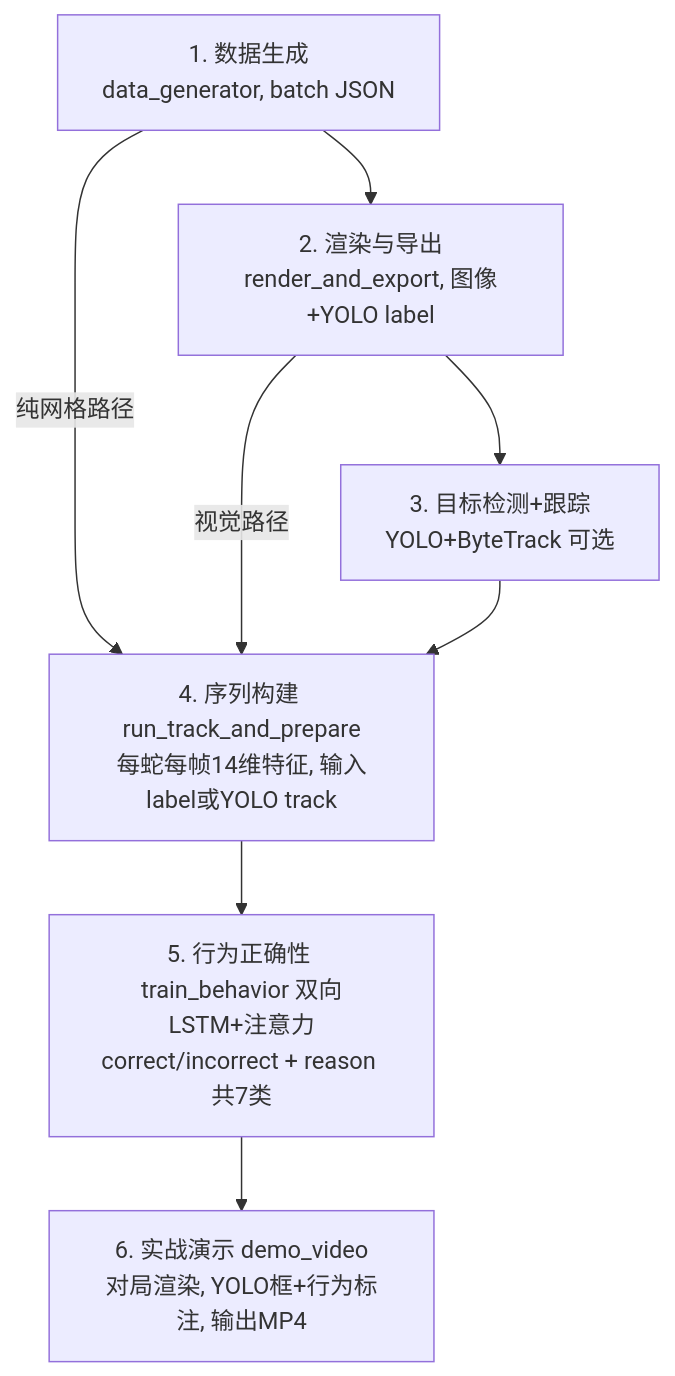
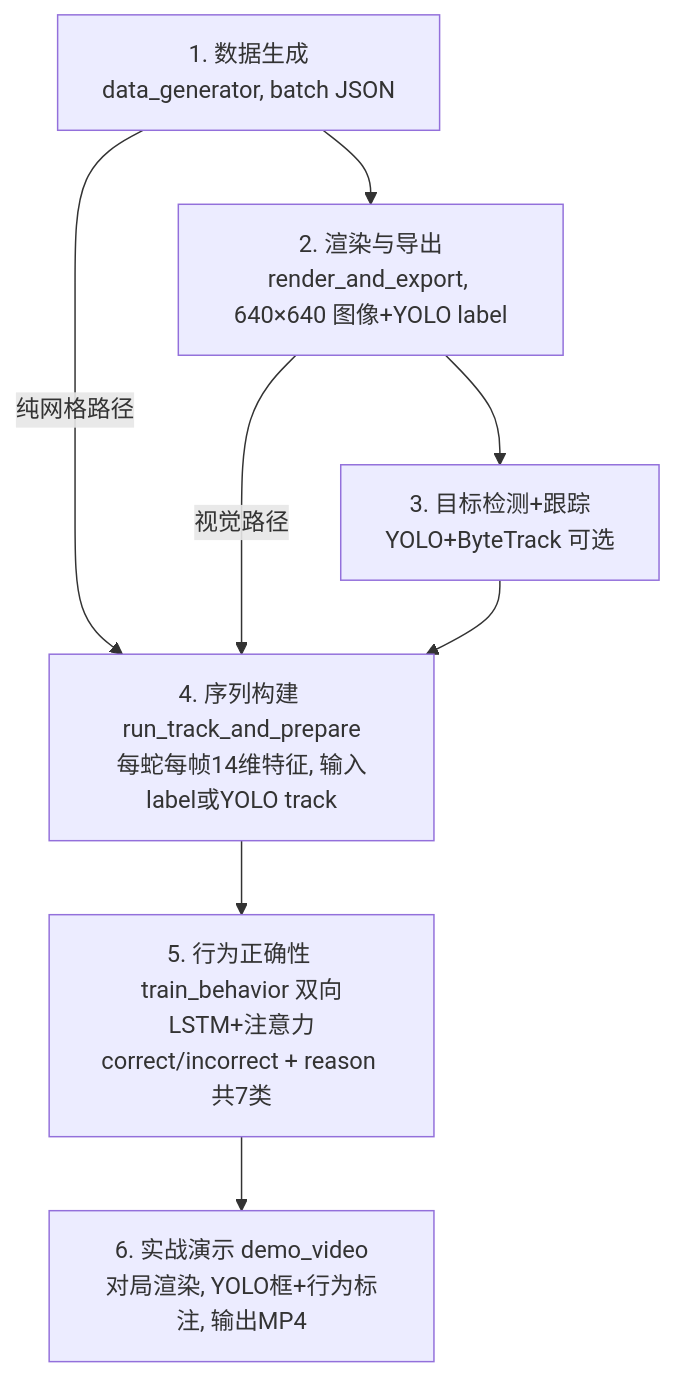
One commit to HeliumAreFlying/behavior_detection changed the diagram in README.md. Above: the diagram before and after it, drawn with Mermaid. The commit also changed other lines of this file and 7 other files, not shown here.

````diff
--- a/README.md
+++ b/README.md
@@ -9,19 +9,19 @@
 ```mermaid
 flowchart TB
     A["1. 数据生成<br/>data_generator, batch JSON"]
-    B["2. 渲染与导出<br/>render_and_export, 图像+YOLO label"]
+    B["2. 渲染与导出<br/>render_and_export, 640×640 图像+YOLO label"]
     C["3. 目标检测+跟踪<br/>YOLO+ByteTrack 可选"]
 
     A --> B --> C
     A -->|纯网格路径| D
     B -->|视觉路径| D
     C --> D
 
     D["4. 序列构建 run_track_and_prepare<br/>每蛇每帧14维特征, 输入label或YOLO track"]
     D --> E
 
     E["5. 行为正确性 train_behavior 双向LSTM+注意力<br/>correct/incorrect + reason 共7类"]
     E --> F
 
     F["6. 实战演示 demo_video<br/>对局渲染, YOLO框+行为标注, 输出MP4"]
 ```
````
